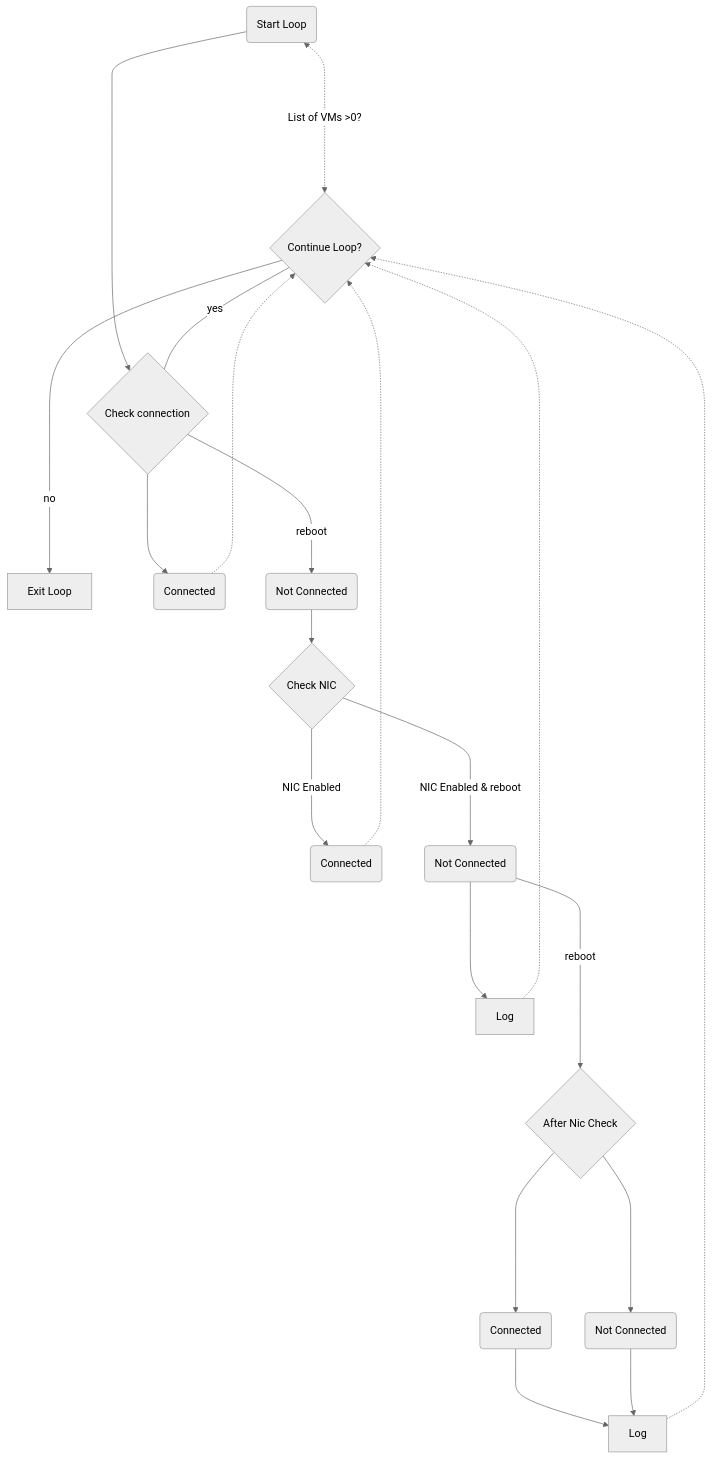
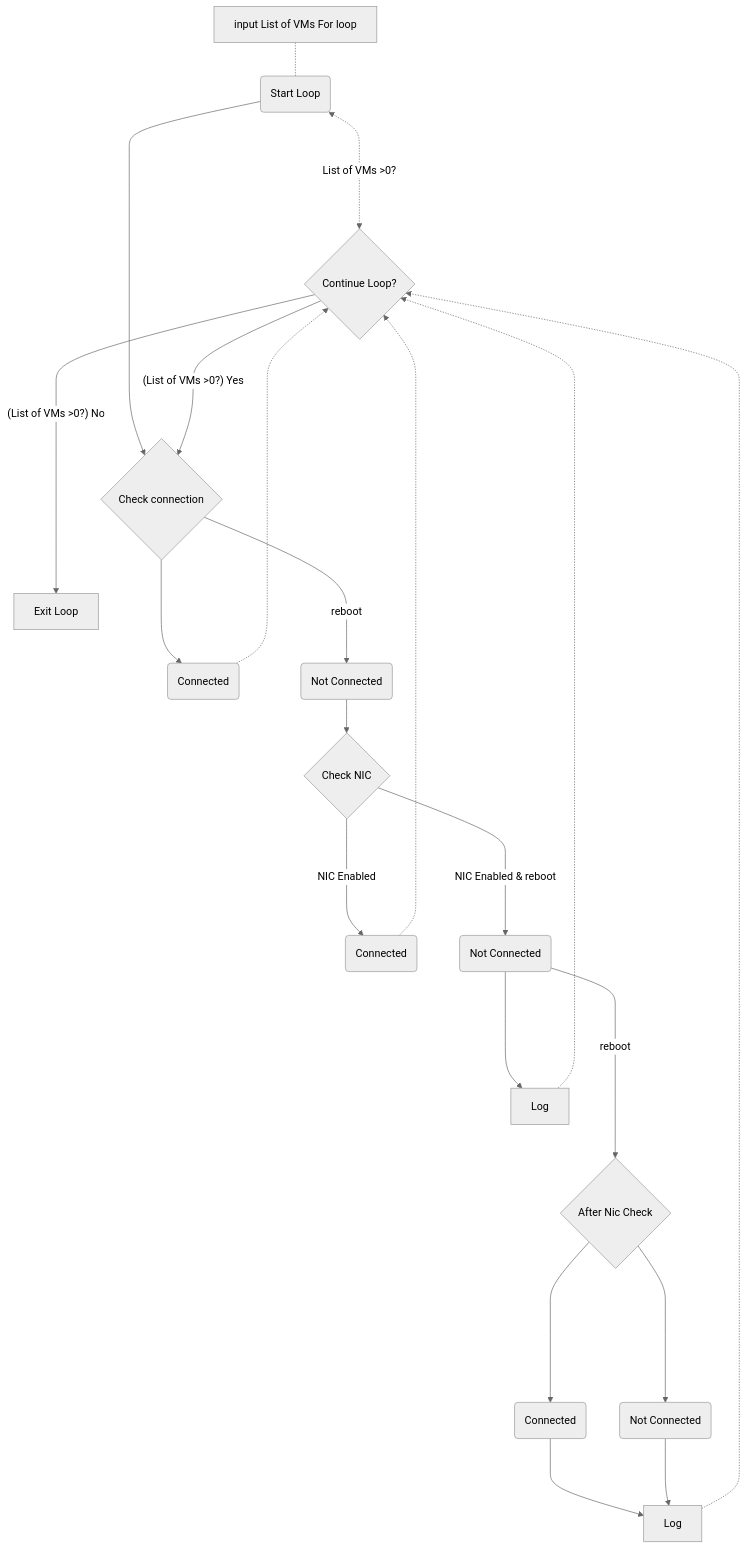
Before and after one commit to timoteuszelle/testconnection-reboot: the diagram in flowchart.mmd, drawn with Mermaid (neutral theme).

Commit message:
updated flowchart diagram

```diff
--- a/flowchart.mmd
+++ b/flowchart.mmd
@@ -1,35 +1,38 @@
 flowchart TB
 N & A;
 A <-.->|List of VMs >0?| B;
 A ------> C;
 C ---> D;
 C --->|reboot| E;
 E --> F;
 F ---->|NIC Enabled| G;
 F ---->|NIC Enabled & reboot| H;
 H ----> I;
 I -.-> B;
 G -.-> B;
 H ----->|reboot| J;
 J --> K;
 J -----> L;
 L ---> M;
 M -.-> B;
 K ---> M;
-B ---->|no| N;
-B ---|yes| C;
+B ---->|"(List of VMs >0?) No"| N;
+B --->|"(List of VMs >0?) Yes"| C;
 D -.-> B;
+O & A; 
+O -.-
 A(Start Loop)
 B{Continue Loop?}
 C{Check connection}
 D(Connected)
 E(Not Connected)
 F{Check NIC}
 G(Connected)
 H(Not Connected)
 I[Log]
 J{After Nic Check}
 M[Log]
 L(Connected)
 K(Not Connected)
 N[Exit Loop]
+O[input List of VMs For loop] 
```
